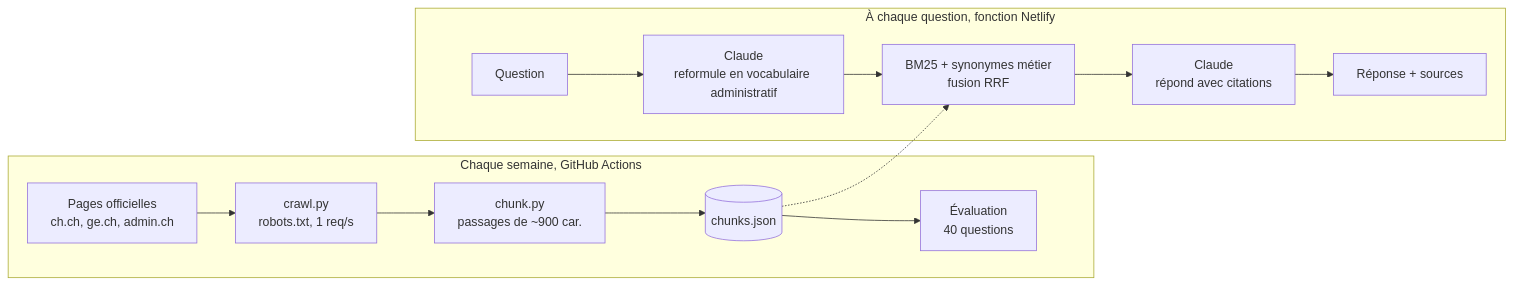
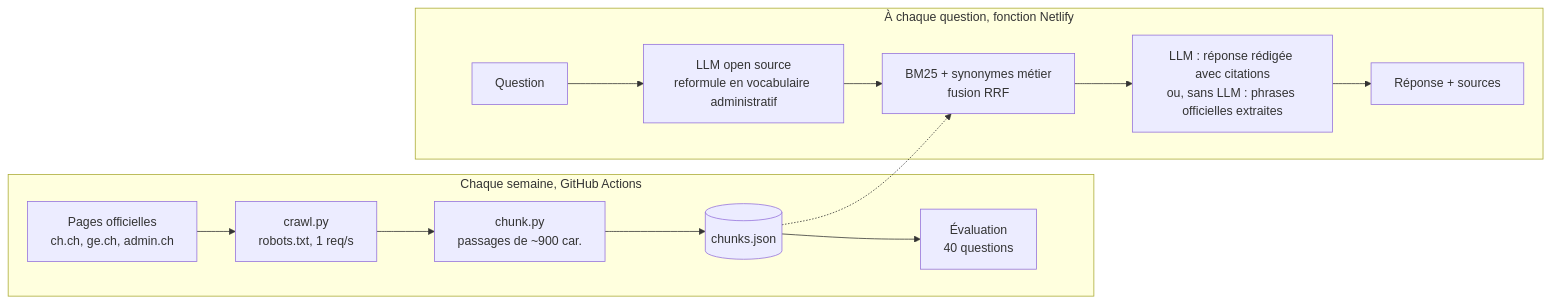
The diagram in README.md (Toumil94/assistant-rag-suisse), drawn with Mermaid before and after one commit. The commit also changed other lines of this file and 8 other files, not shown here.

First line of the commit message:
100 % gratuit : LLM open source via Groq, mode extraits sans clé, corpus relu depuis GitHub

````diff
--- a/README.md
+++ b/README.md
@@ -16,16 +18,16 @@
 ```mermaid
 flowchart LR
     subgraph Hebdomadaire [Chaque semaine, GitHub Actions]
         A[Pages officielles<br/>ch.ch, ge.ch, admin.ch] --> B[crawl.py<br/>robots.txt, 1 req/s]
         B --> C[chunk.py<br/>passages de ~900 car.]
         C --> D[(chunks.json)]
         D --> E[Évaluation<br/>40 questions]
     end
     subgraph Requete [À chaque question, fonction Netlify]
-        Q[Question] --> R[Claude<br/>reformule en vocabulaire administratif]
+        Q[Question] --> R[LLM open source<br/>reformule en vocabulaire administratif]
         R --> S[BM25 + synonymes métier<br/>fusion RRF]
         D -.-> S
-        S --> T[Claude<br/>répond avec citations]
+        S --> T[LLM : réponse rédigée avec citations<br/>ou, sans LLM : phrases officielles extraites]
         T --> U[Réponse + sources]
     end
 ```
````
